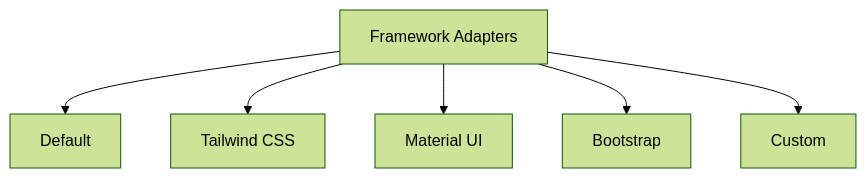
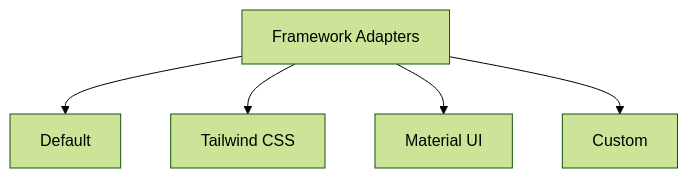
One commit to pmatheusvinhas/react-waitlist changed the eighth of 9 diagrams in docs/architecture.md. Above: the diagram before and after it, drawn with Mermaid (forest theme). The commit also changed other lines of this file and 2 other files, not shown here.

````diff
--- a/docs/architecture.md
+++ b/docs/architecture.md
@@ -184,8 +184,7 @@
 ```mermaid
 graph TD
     A[Framework Adapters] --> B[Default]
     A --> C[Tailwind CSS]
     A --> D[Material UI]
-    A --> E[Bootstrap]
-    A --> F[Custom]
+    A --> E[Custom]
 ```
````
